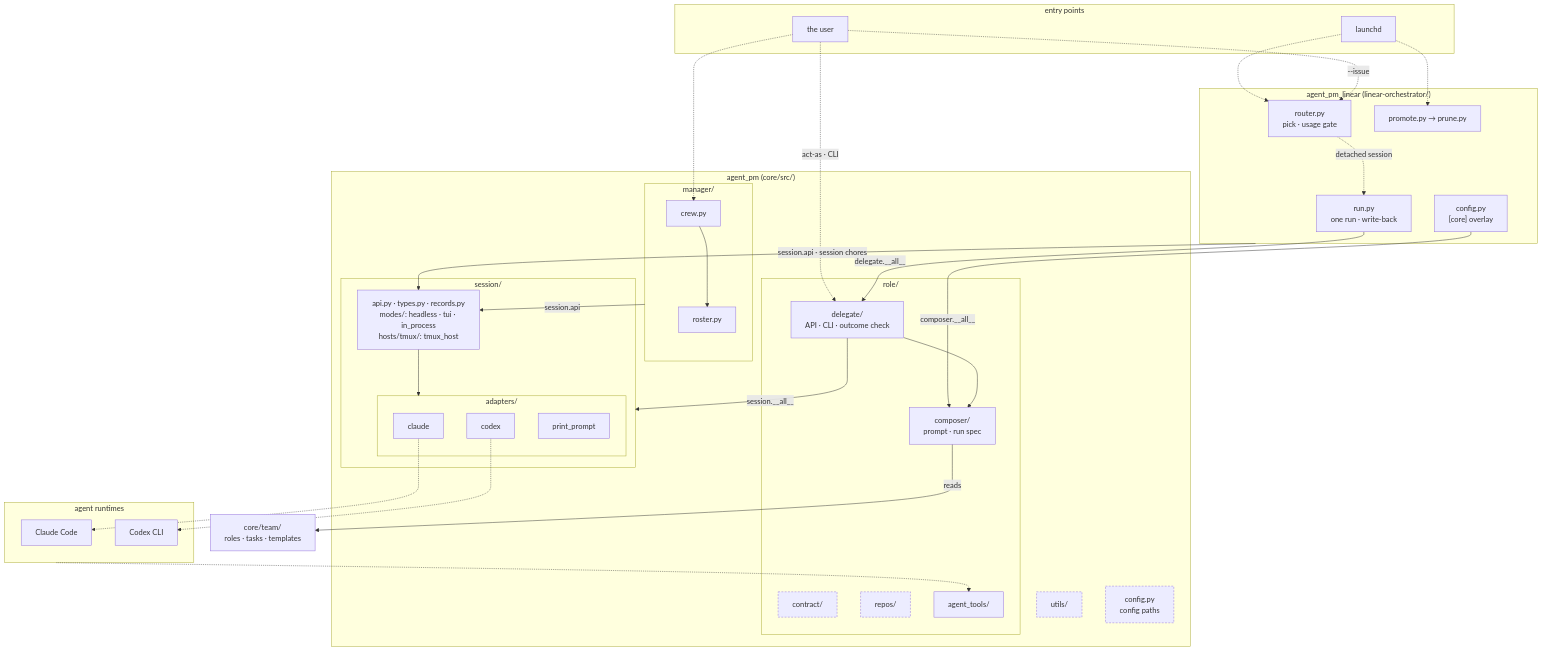
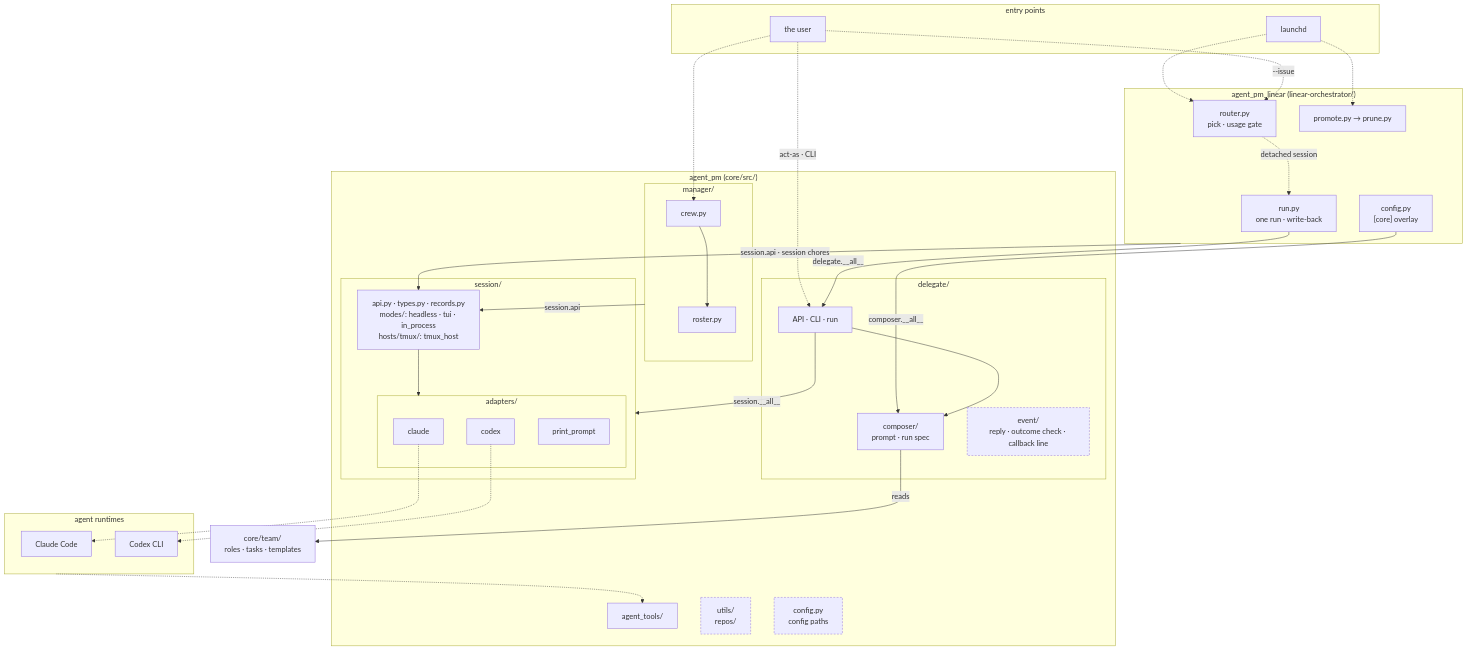
Before and after one commit to ophis/agent-pm: the second of 4 diagrams in README.md, drawn with Mermaid. The commit also changed 84 other files, not shown here.

First line of the commit message:
Move role/ to delegate/ and agent_tools/ (move only)

````diff
--- a/README.md
+++ b/README.md
@@ -18,58 +18,57 @@
 ```mermaid
 flowchart TB
   subgraph EN[entry points]
     LD[launchd]
     HU[the user]
   end
   subgraph LO["agent_pm_linear (linear-orchestrator/)"]
     R["router.py<br>pick · usage gate"]
     RU["run.py<br>one run · write-back"]
     PP["promote.py → prune.py"]
     LC["config.py<br>[core] overlay"]
   end
   subgraph AP["agent_pm (core/src/)"]
     subgraph MG[manager/]
       W[crew.py] --> RS[roster.py]
     end
-    subgraph RO[role/]
-      D["delegate/<br>API · CLI · outcome check"]
+    subgraph DL[delegate/]
+      D["API · CLI · run"]
       C["composer/<br>prompt · run spec"]
-      CT[contract/]
-      RP[repos/]
-      AT[agent_tools/]
+      EV["event/<br>reply · outcome check · callback line"]
     end
+    AT[agent_tools/]
     subgraph SE[session/]
       DR["api.py · types.py · records.py<br>modes/: headless · tui · in_process<br>hosts/tmux/: tmux_host"]
       subgraph AD[adapters/]
         CL[claude]
         CX[codex]
         PR[print_prompt]
       end
     end
-    U[utils/]
+    U["utils/<br>repos/"]
     CF["config.py<br>config paths"]
   end
   T["core/team/<br>roles · tasks · templates"]
   subgraph RT[agent runtimes]
     P1[Claude Code]
     P2[Codex CLI]
   end
   LD -.-> R & PP
   HU -.->|"--issue"| R
   HU -.->|"act-as · CLI"| D
   HU -.-> W
   R -.->|detached session| RU
   RU -->|"delegate.__all__"| D
   LC -->|"composer.__all__"| C
   LO -->|"session.api · session chores"| DR
   MG -->|session.api| DR
   D --> C
   D -->|"session.__all__"| SE
   C -->|reads| T
   DR --> AD
   CL -.-> P1
   CX -.-> P2
   RT -.-> AT
   classDef shared stroke-dasharray: 4 3
-  class CT,RP,U,CF shared
+  class EV,U,CF shared
 ```
````
